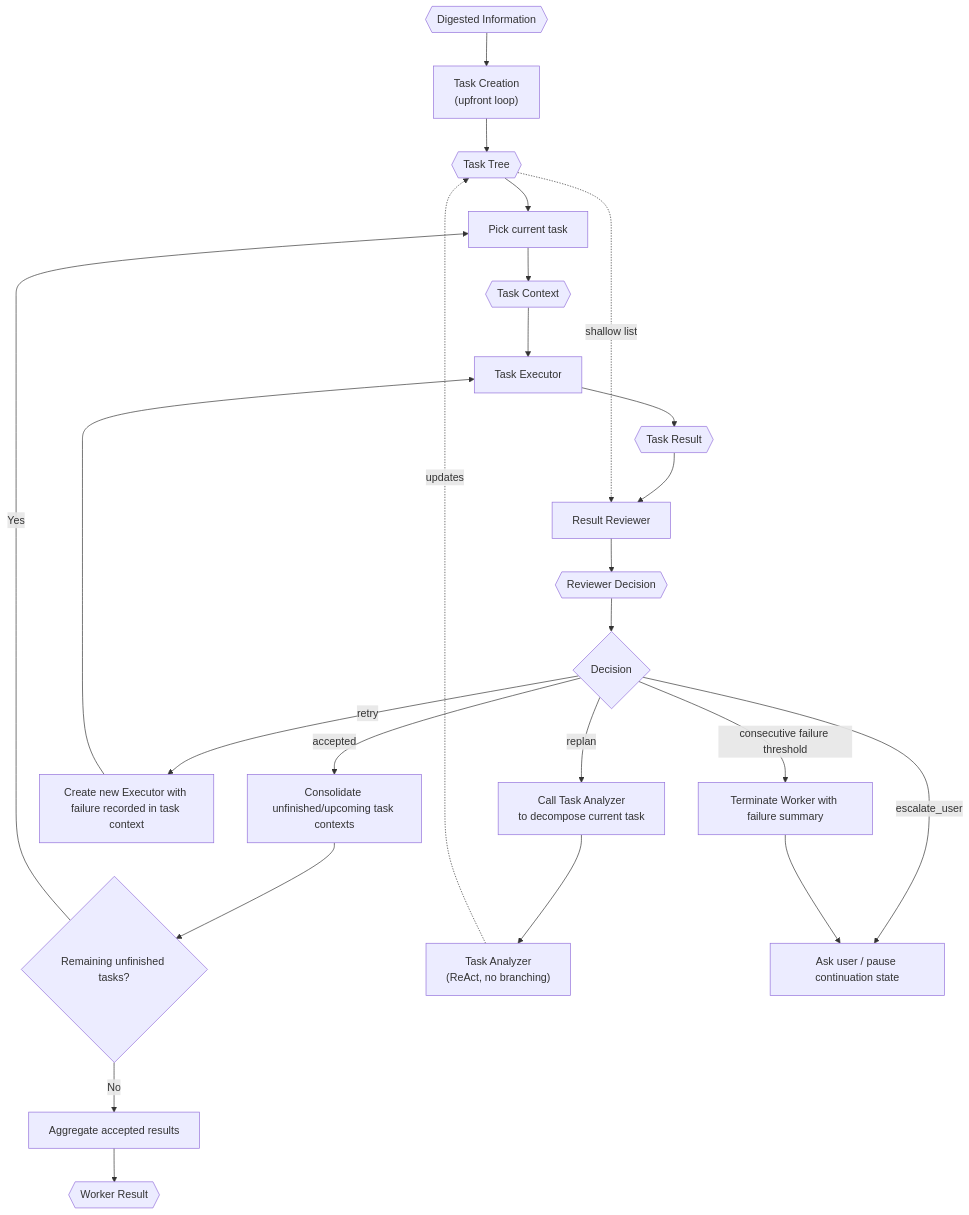
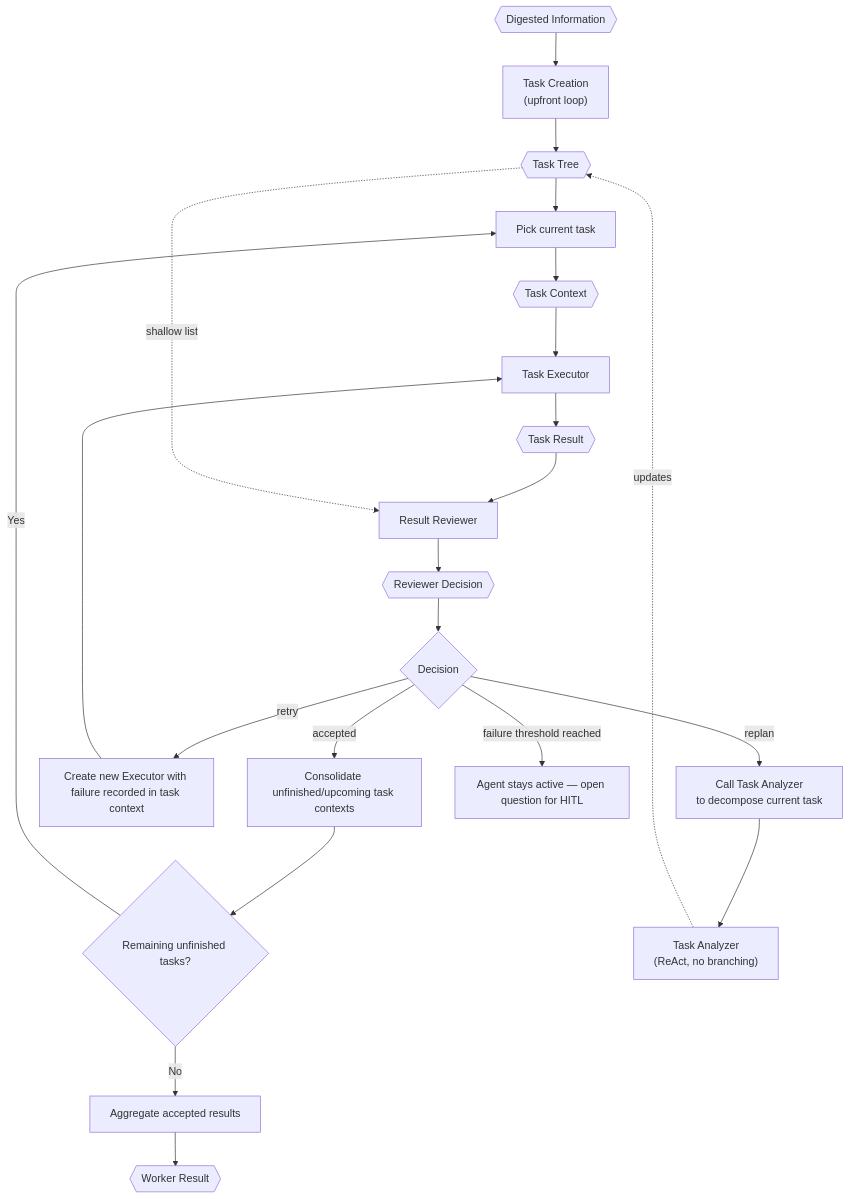
The diagram in src/tinycua/docs/architecture/worker-orchestration.md (VJyzCELERY/TINYCUA), drawn with Mermaid before and after one commit. The commit also changed other lines of this file and 9 other files, not shown here.

First line of the commit message:
docs: sync architecture docs with design docs (source of truth)

````diff
--- a/src/tinycua/docs/architecture/worker-orchestration.md
+++ b/src/tinycua/docs/architecture/worker-orchestration.md
@@ -53,46 +53,43 @@
 ```mermaid
 flowchart TD
     DI{{"Digested Information"}}
     TCR["Task Creation\n(upfront loop)"]
     TL{{"Task Tree"}}
     PICK["Pick current task"]
     TC{{"Task Context"}}
     TE["Task Executor"]
     TRS{{"Task Result"}}
     RV["Result Reviewer"]
     DEC{{"Reviewer Decision"}}
     NEXT{"Decision"}
     UPDATE["Consolidate unfinished/upcoming task contexts"]
     REMAIN{"Remaining unfinished tasks?"}
     RETRY["Create new Executor with failure recorded in task context"]
     REPLAN["Call Task Analyzer\nto decompose current task"]
     TA["Task Analyzer\n(ReAct, no branching)"]
-    ASK["Ask user / pause continuation state"]
-    FAIL_TERM["Terminate Worker with failure summary"]
+    FAIL["Agent stays active — open question for HITL"]
     AGG["Aggregate accepted results"]
     WR{{"Worker Result"}}
 
     DI --> TCR
     TCR --> TL
     TL --> PICK
     PICK --> TC
     TC --> TE
     TE --> TRS
     TRS --> RV
     TL -. "shallow list" .-> RV
     RV --> DEC
     DEC --> NEXT
     NEXT -->|accepted| UPDATE
     UPDATE --> REMAIN
     REMAIN -->|Yes| PICK
     REMAIN -->|No| AGG
     NEXT -->|retry| RETRY
     RETRY --> TE
     NEXT -->|replan| REPLAN
     REPLAN --> TA
     TA -. "updates" .-> TL
-    NEXT -->|escalate_user| ASK
-    NEXT -->|consecutive failure threshold| FAIL_TERM
-    FAIL_TERM --> ASK
+    NEXT -->|failure threshold reached| FAIL
     AGG --> WR
 ```
````
